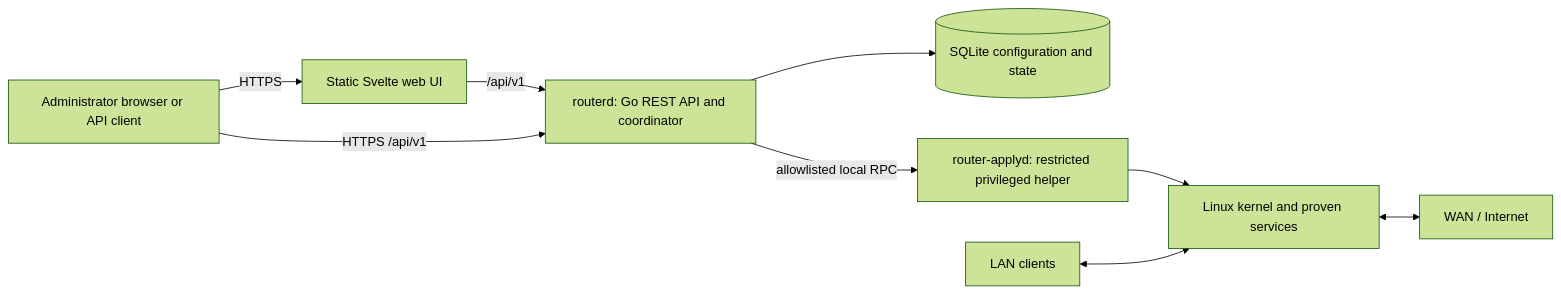
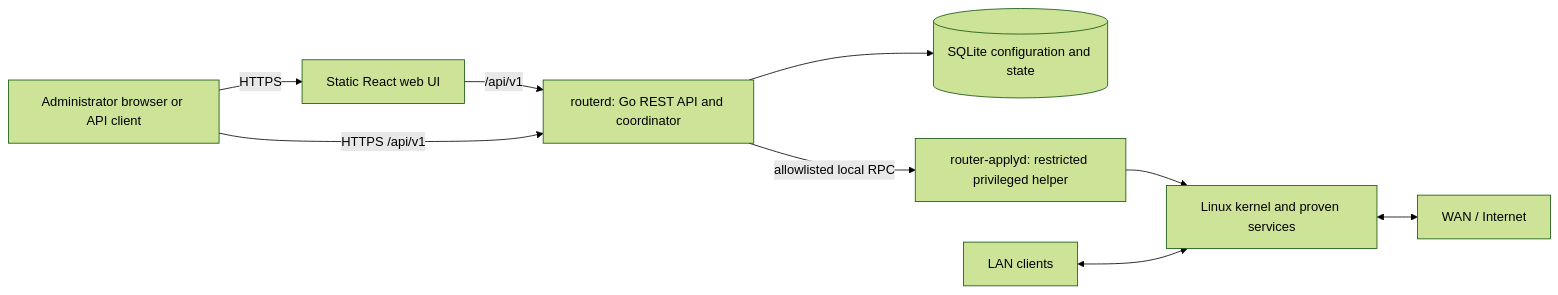
Before and after one commit to vladimirperovic/minimalrouter: the first of 2 diagrams in ARCHITECTURE.md, drawn with Mermaid (forest theme). The commit also changed other lines of this file and 3 other files, not shown here.

````diff
--- a/ARCHITECTURE.md
+++ b/ARCHITECTURE.md
@@ -22,20 +22,20 @@
 ```mermaid
 flowchart LR
     Admin["Administrator browser or API client"]
-    UI["Static Svelte web UI"]
+    UI["Static React web UI"]
     API["routerd: Go REST API and coordinator"]
     DB[("SQLite configuration and state")]
     Apply["router-applyd: restricted privileged helper"]
     Linux["Linux kernel and proven services"]
     Internet["WAN / Internet"]
     LAN["LAN clients"]
 
     Admin -->|HTTPS| UI
     UI -->|/api/v1| API
     Admin -->|HTTPS /api/v1| API
     API --> DB
     API -->|allowlisted local RPC| Apply
     Apply --> Linux
     LAN <--> Linux
     Linux <--> Internet
 ```
````
